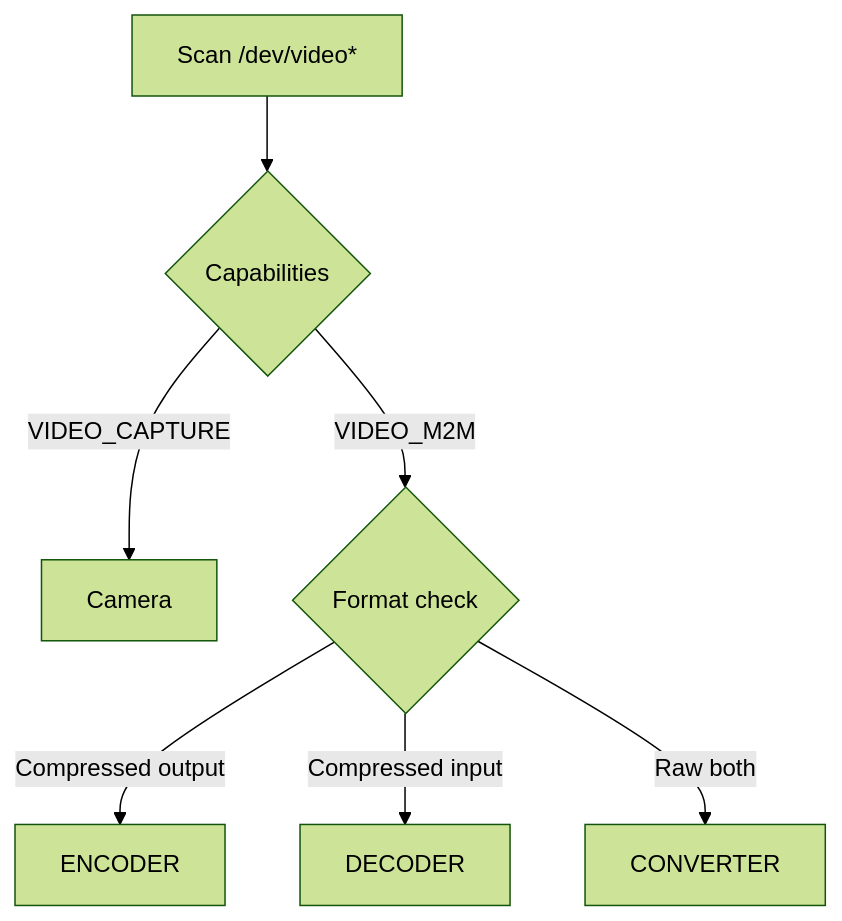
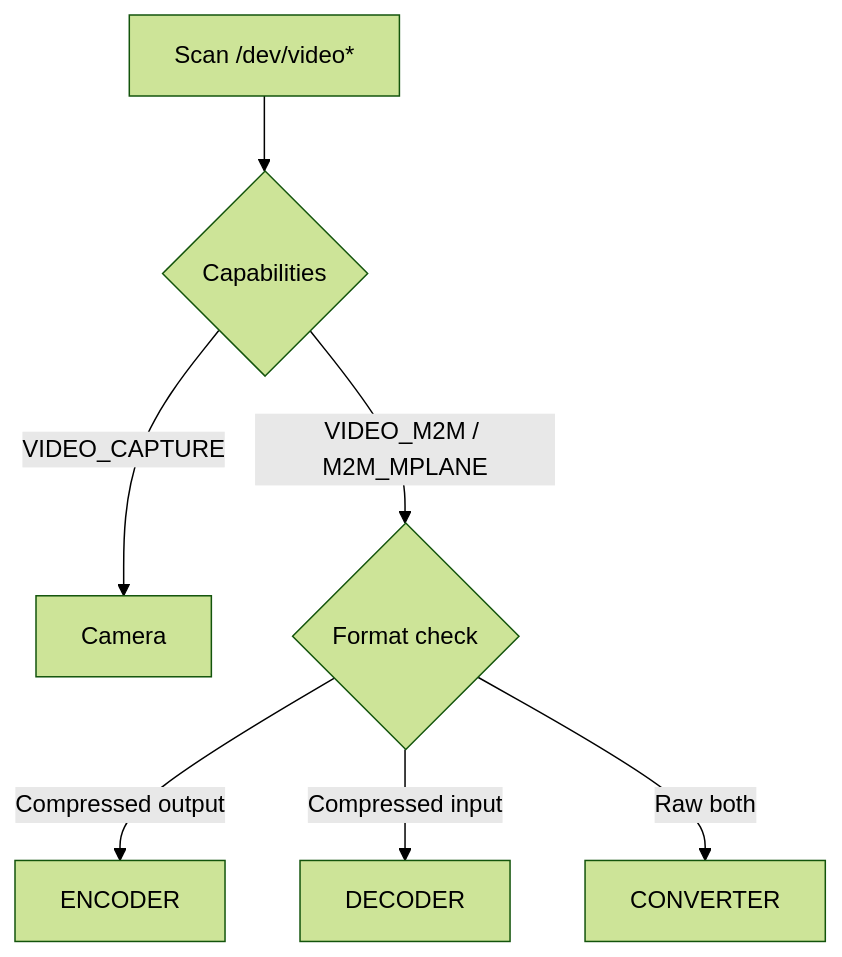
Diagram 12 of 14 in ARCHITECTURE.md (EdgeFirstAI/videostream), drawn with Mermaid (forest theme) before and after one commit. The commit also changed other lines of this file and 9 other files, not shown here.

````diff
--- a/ARCHITECTURE.md
+++ b/ARCHITECTURE.md
@@ -305,9 +415,9 @@
 ```mermaid
 flowchart TD
     SCAN[Scan /dev/video*] --> CAP{Capabilities}
     CAP -->|VIDEO_CAPTURE| CAMERA[Camera]
-    CAP -->|VIDEO_M2M| M2M{Format check}
+    CAP -->|VIDEO_M2M / M2M_MPLANE| M2M{Format check}
     M2M -->|Compressed output| ENCODER
     M2M -->|Compressed input| DECODER
     M2M -->|Raw both| CONVERTER
 ```
````
